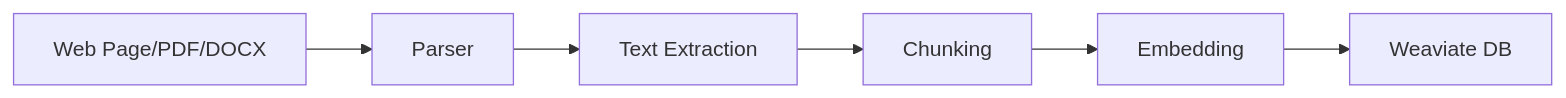
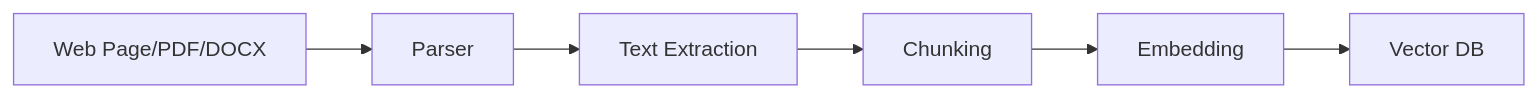
The second of 3 diagrams in docs/PRESENTATION.md (maximilien/ragme-io), drawn with Mermaid before and after one commit. The commit also changed other lines of this file and 4791 other files, not shown here.

````diff
--- a/docs/PRESENTATION.md
+++ b/docs/PRESENTATION.md
@@ -239,8 +341,8 @@
 ```mermaid
 flowchart LR
     A[Web Page/PDF/DOCX] --> B[Parser]
     B --> C[Text Extraction]
     C --> D[Chunking]
     D --> E[Embedding]
-    E --> F[Weaviate DB]
+    E --> F[Vector DB]
 ```
````
